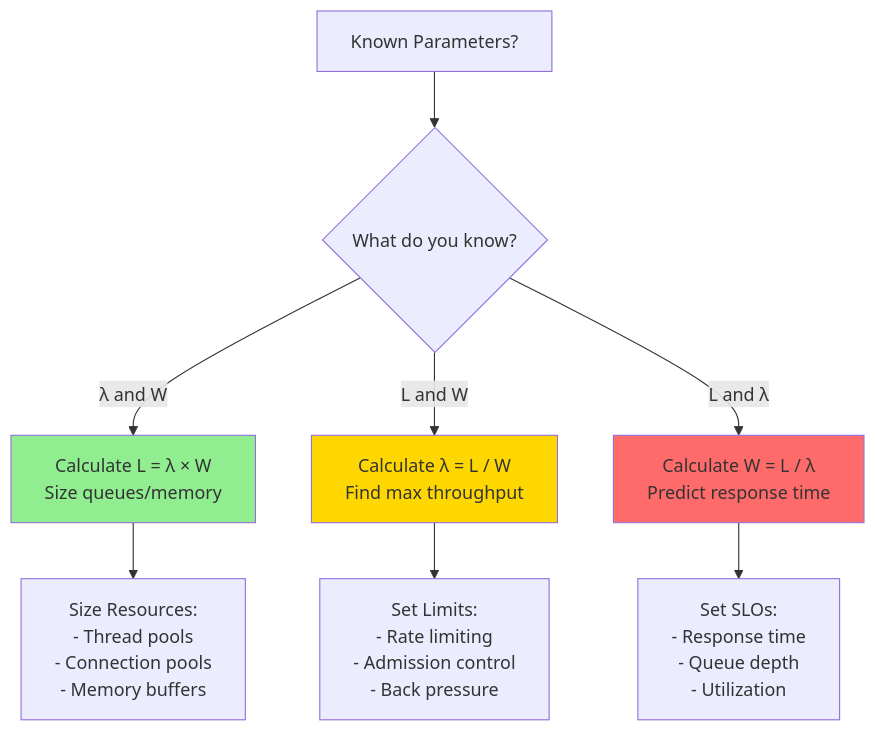
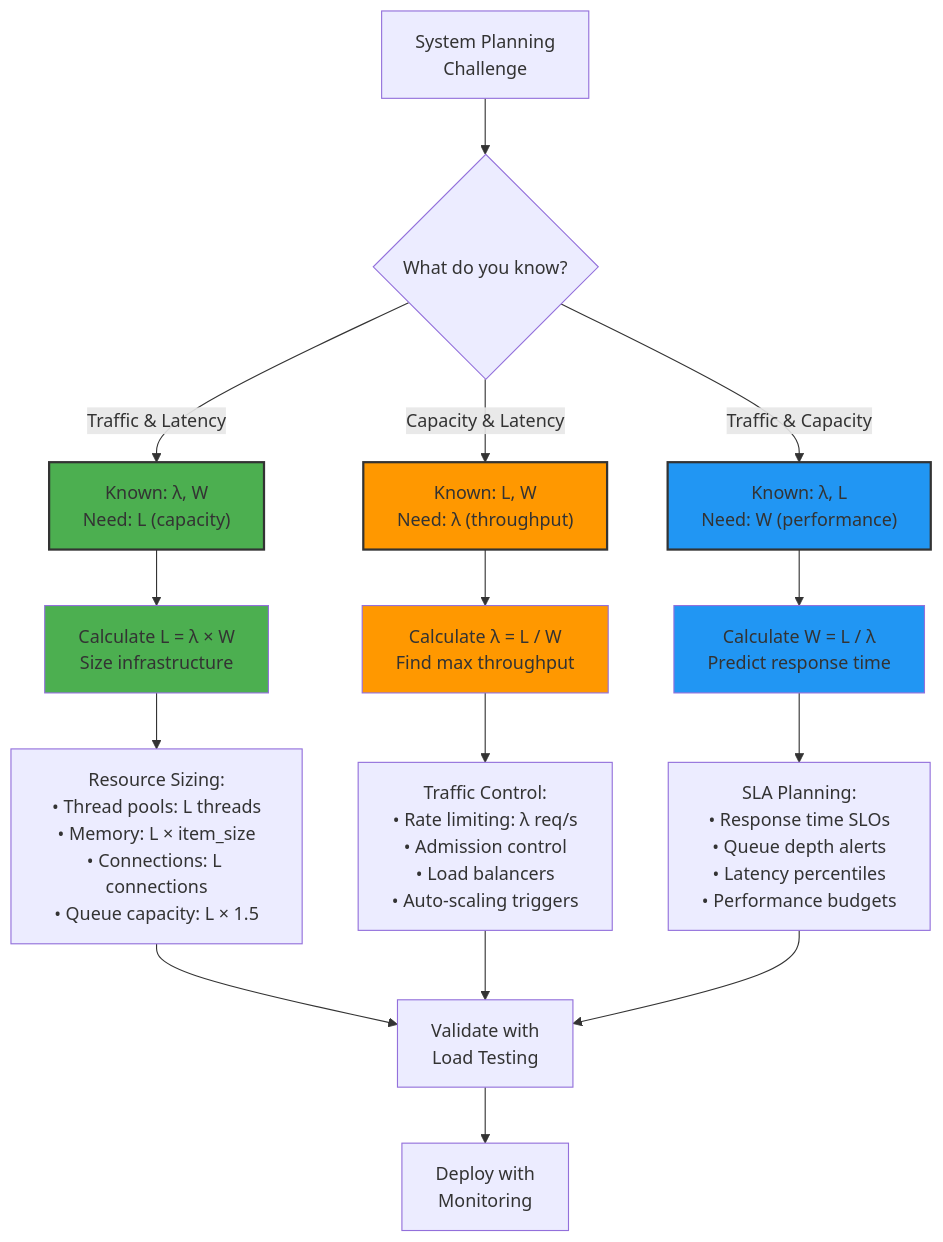
Before and after one commit to deepaucksharma/DStudio: diagram 22 of 25 in docs/architects-handbook/quantitative-analysis/littles-law.md, drawn with Mermaid. The commit also changed other lines of this file and 258 other files, not shown here.

````diff
--- a/docs/architects-handbook/quantitative-analysis/littles-law.md
+++ b/docs/architects-handbook/quantitative-analysis/littles-law.md
@@ -832,17 +1683,33 @@
 ```mermaid
 flowchart TD
- Start[Known Parameters?]
- Start --> Know{What do you know?}
- 
- Know -->|"λ and W"| CalcL[Calculate L = λ × W<br/>Size queues/memory]
- Know -->|"L and W"| CalcLambda[Calculate λ = L / W<br/>Find max throughput]
- Know -->|"L and λ"| CalcW[Calculate W = L / λ<br/>Predict response time]
- 
- CalcL --> Size[Size Resources:<br/>- Thread pools<br/>- Connection pools<br/>- Memory buffers]
- CalcLambda --> Throttle[Set Limits:<br/>- Rate limiting<br/>- Admission control<br/>- Back pressure]
- CalcW --> Monitor[Set SLOs:<br/>- Response time<br/>- Queue depth<br/>- Utilization]
- 
- style CalcL fill:#90ee90
- style CalcLambda fill:#ffd700
- style CalcW fill:#ff6b6b
+    Start["System Planning<br/>Challenge"]
+    
+    Start --> KnownType{"What do you know?"}
+    
+    KnownType -->|"Traffic & Latency"| ScenarioA["Known: λ, W<br/>Need: L (capacity)"]
+    KnownType -->|"Capacity & Latency"| ScenarioB["Known: L, W<br/>Need: λ (throughput)"]
+    KnownType -->|"Traffic & Capacity"| ScenarioC["Known: λ, L<br/>Need: W (performance)"]
+    
+    ScenarioA --> CalcL["Calculate L = λ × W<br/>Size infrastructure"]
+    ScenarioB --> CalcLambda["Calculate λ = L / W<br/>Find max throughput"]
+    ScenarioC --> CalcW["Calculate W = L / λ<br/>Predict response time"]
+    
+    CalcL --> ActionsL["Resource Sizing:<br/>• Thread pools: L threads<br/>• Memory: L × item_size<br/>• Connections: L connections<br/>• Queue capacity: L × 1.5"]
+    
+    CalcLambda --> ActionsLambda["Traffic Control:<br/>• Rate limiting: λ req/s<br/>• Admission control<br/>• Load balancers<br/>• Auto-scaling triggers"]
+    
+    CalcW --> ActionsW["SLA Planning:<br/>• Response time SLOs<br/>• Queue depth alerts<br/>• Latency percentiles<br/>• Performance budgets"]
+    
+    ActionsL --> Validate["Validate with<br/>Load Testing"]
+    ActionsLambda --> Validate
+    ActionsW --> Validate
+    
+    Validate --> Production["Deploy with<br/>Monitoring"]
+    
+    style ScenarioA fill:#4CAF50,stroke:#333,stroke-width:2px
+    style ScenarioB fill:#FF9800,stroke:#333,stroke-width:2px
+    style ScenarioC fill:#2196F3,stroke:#333,stroke-width:2px
+    style CalcL fill:#4CAF50
+    style CalcLambda fill:#FF9800
+    style CalcW fill:#2196F3
 ```
````
